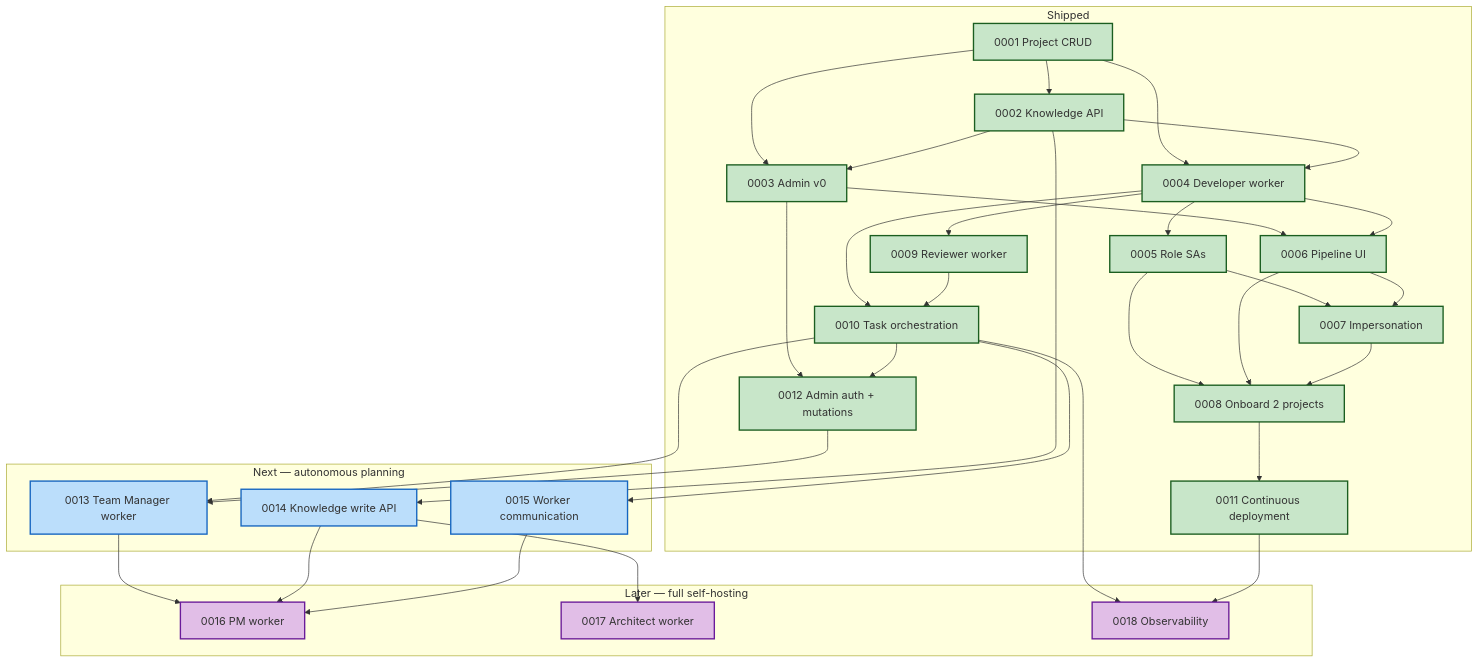
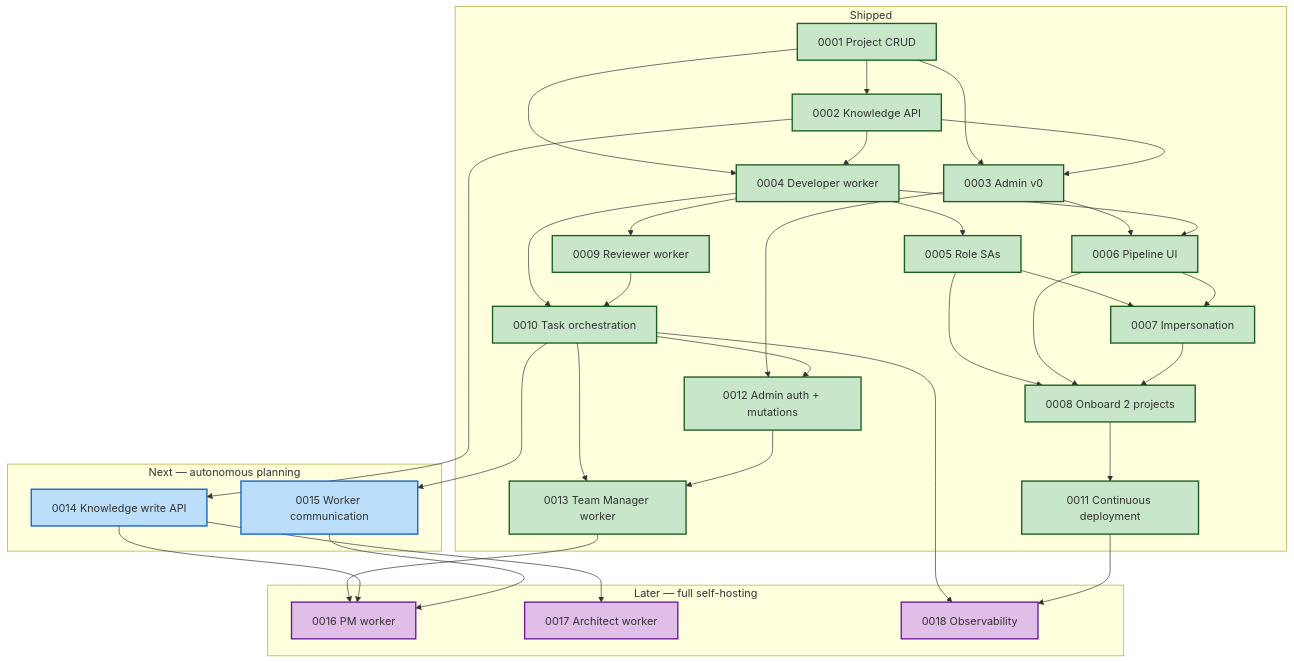
One commit to coder-devx/coder-system changed the diagram in system/product-specs/ROADMAP.md. Above: the diagram before and after it, drawn with Mermaid. The commit also changed other lines of this file and 9 other files, not shown here.

First line of the commit message:
docs: ship spec 0013 — Team Manager worker v1

````diff
--- a/system/product-specs/ROADMAP.md
+++ b/system/product-specs/ROADMAP.md
@@ -293,74 +302,74 @@
 ```mermaid
 flowchart TB
   subgraph shipped [Shipped]
     s1["0001 Project CRUD"]
     s2["0002 Knowledge API"]
     s3["0003 Admin v0"]
     s4["0004 Developer worker"]
     s5["0005 Role SAs"]
     s6["0006 Pipeline UI"]
     s7["0007 Impersonation"]
     s8["0008 Onboard 2 projects"]
     s9["0009 Reviewer worker"]
     s10["0010 Task orchestration"]
     s11["0011 Continuous deployment"]
     s12["0012 Admin auth + mutations"]
+    s13["0013 Team Manager worker"]
   end
 
   subgraph next ["Next — autonomous planning"]
-    s13["0013 Team Manager worker"]
     s14["0014 Knowledge write API"]
     s15["0015 Worker communication"]
   end
 
   subgraph later ["Later — full self-hosting"]
     s16["0016 PM worker"]
     s17["0017 Architect worker"]
     s18["0018 Observability"]
   end
 
   %% Shipped internal deps
   s1 --> s2
   s1 --> s3
   s1 --> s4
   s2 --> s3
   s2 --> s4
   s3 --> s6
   s4 --> s5
   s4 --> s6
   s5 --> s7
   s6 --> s7
   s5 --> s8
   s6 --> s8
   s7 --> s8
 
   %% Now deps
   s4 --> s9
   s4 --> s10
   s9 --> s10
   s8 --> s11
   s3 --> s12
   s10 --> s12
 
   %% Next deps
   s10 --> s13
   s12 --> s13
   s2 --> s14
   s10 --> s15
 
   %% Later deps
   s13 --> s16
   s14 --> s16
   s15 --> s16
   s14 --> s17
   s10 --> s18
   s11 --> s18
 
   classDef shipped fill:#c8e6c9,stroke:#1b5e20,stroke-width:2px
   classDef next fill:#bbdefb,stroke:#1565c0,stroke-width:2px
   classDef later fill:#e1bee7,stroke:#6a1b9a,stroke-width:2px
 
-  class s1,s2,s3,s4,s5,s6,s7,s8,s9,s10,s11,s12 shipped
-  class s13,s14,s15 next
+  class s1,s2,s3,s4,s5,s6,s7,s8,s9,s10,s11,s12,s13 shipped
+  class s14,s15 next
   class s16,s17,s18 later
 ```
````
